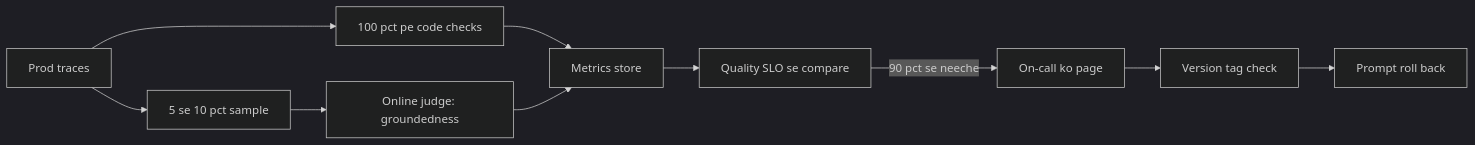
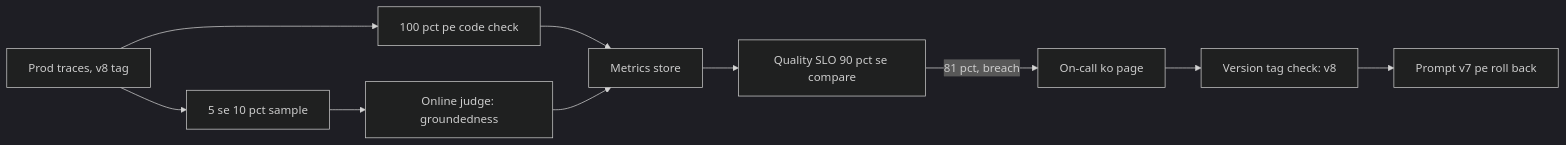
Before and after one commit to flow6979/viewinter: the fifth of 7 diagrams in content/11-agentic/10-agent-observability.md, drawn with Mermaid (dark theme). The commit also changed other lines of this file and 26 other files, not shown here.

First line of the commit message:
Agentic AI: rewrite all 13 pages to explain from scratch; animate diagrams on every article

````diff
--- a/content/11-agentic/10-agent-observability.md
+++ b/content/11-agentic/10-agent-observability.md
@@ -278,12 +480,12 @@
 ```mermaid
 flowchart LR
-    TR["Prod traces"] --> CC["100 pct pe code checks"]
+    TR["Prod traces, v8 tag"] --> CC["100 pct pe code check"]
     TR --> SM["5 se 10 pct sample"]
     SM --> JD["Online judge: groundedness"]
     CC --> MT["Metrics store"]
     JD --> MT
-    MT --> TH["Quality SLO se compare"]
-    TH -->|90 pct se neeche| AL["On-call ko page"]
-    AL --> VR["Version tag check"]
-    VR --> RB["Prompt roll back"]
+    MT --> TH["Quality SLO 90 pct se compare"]
+    TH -->|81 pct, breach| AL["On-call ko page"]
+    AL --> VR["Version tag check: v8"]
+    VR --> RB["Prompt v7 pe roll back"]
 ```
````
